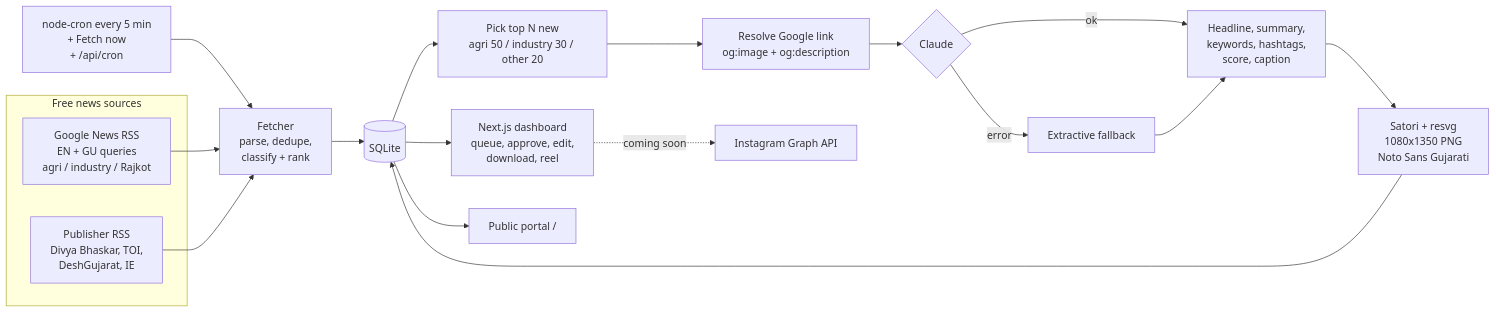
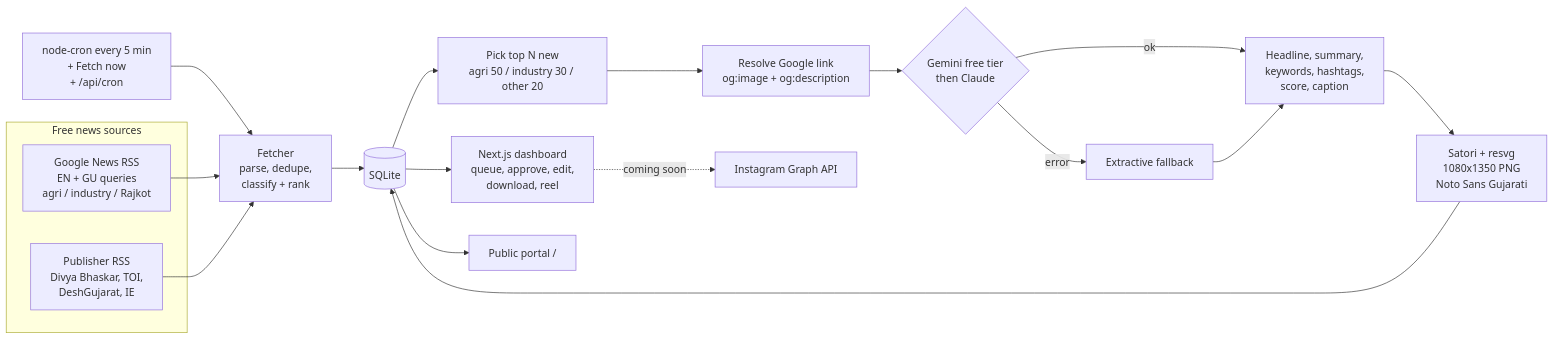
The diagram in README.md (dippaun/at-this-time-news), drawn with Mermaid before and after one commit. The commit also changed other lines of this file and 17 other files, not shown here.

Commit message:
Gemini free-tier provider (default) with throttling/backoff/backfill; Claude optional; never show news source in frames/captions; migrate existing posts

````diff
--- a/README.md
+++ b/README.md
@@ -65,21 +71,21 @@
 ```mermaid
 flowchart LR
   subgraph Sources[Free news sources]
     G[Google News RSS<br/>EN + GU queries<br/>agri / industry / Rajkot]
     P[Publisher RSS<br/>Divya Bhaskar, TOI,<br/>DeshGujarat, IE]
   end
   S[node-cron every 5 min<br/>+ Fetch now<br/>+ /api/cron] --> F
   G --> F[Fetcher<br/>parse, dedupe,<br/>classify + rank]
   P --> F
   F --> DB[(SQLite)]
   DB --> Q[Pick top N new<br/>agri 50 / industry 30 / other 20]
   Q --> R[Resolve Google link<br/>og:image + og:description]
-  R --> AI{Claude}
+  R --> AI{Gemini free tier<br/>then Claude}
   AI -- ok --> SUM[Headline, summary,<br/>keywords, hashtags,<br/>score, caption]
   AI -- error --> EX[Extractive fallback] --> SUM
   SUM --> FR[Satori + resvg<br/>1080x1350 PNG<br/>Noto Sans Gujarati]
   FR --> DB
   DB --> UI[Next.js dashboard<br/>queue, approve, edit,<br/>download, reel]
   DB --> PO[Public portal /]
   UI -. coming soon .-> IG[Instagram Graph API]
 ```
````
